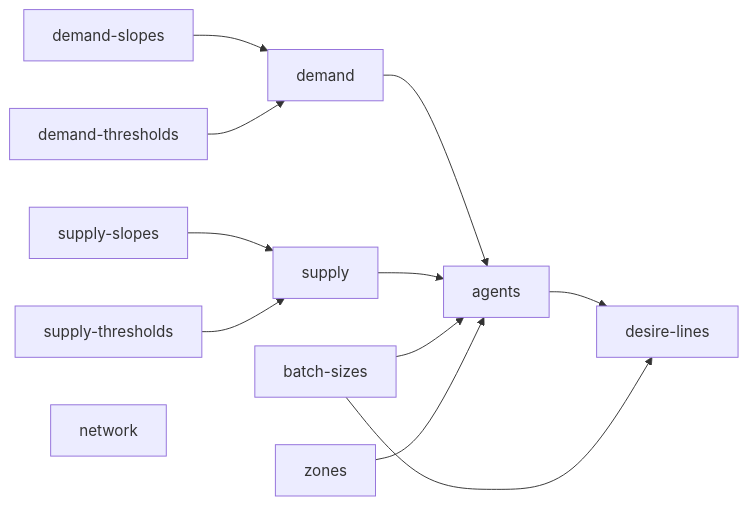
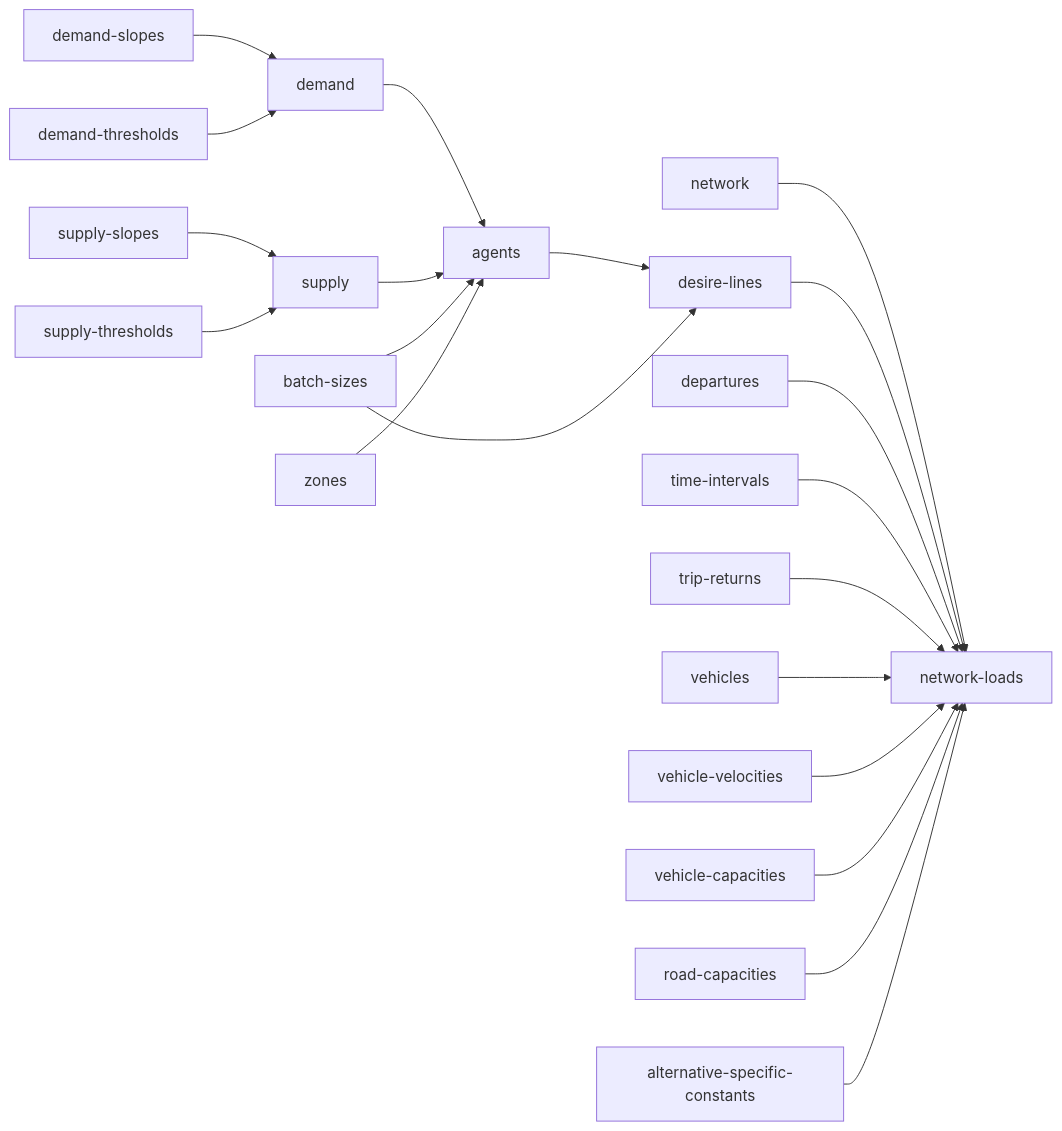
The diagram in README.md (hcubasd/urban-dollop), drawn with Mermaid before and after one commit. The commit also changed 21 other files, not shown here.

First line of the commit message:
Add network-loads supporting synth files and update README diagram

````diff
--- a/README.md
+++ b/README.md
@@ -3,14 +3,23 @@
 ```mermaid
 flowchart LR
     demand_slopes[demand-slopes] --> demand[demand]
     demand_thresholds[demand-thresholds] --> demand
     supply_slopes[supply-slopes] --> supply[supply]
     supply_thresholds[supply-thresholds] --> supply
     demand --> agents[agents]
     supply --> agents
     batch_sizes[batch-sizes] --> agents
-    zones[zones] --> agents[agents]
+    zones[zones] --> agents
     agents --> desire_lines[desire-lines]
     batch_sizes --> desire_lines
-    network[network]
+    network[network] --> network_loads[network-loads]
+    desire_lines --> network_loads
+    departures[departures] --> network_loads
+    time_intervals[time-intervals] --> network_loads
+    trip_returns[trip-returns] --> network_loads
+    vehicles[vehicles] --> network_loads
+    vehicle_velocities[vehicle-velocities] --> network_loads
+    vehicle_capacities[vehicle-capacities] --> network_loads
+    road_capacities[road-capacities] --> network_loads
+    alternative_specific_constants[alternative-specific-constants] --> network_loads
 ```
````
